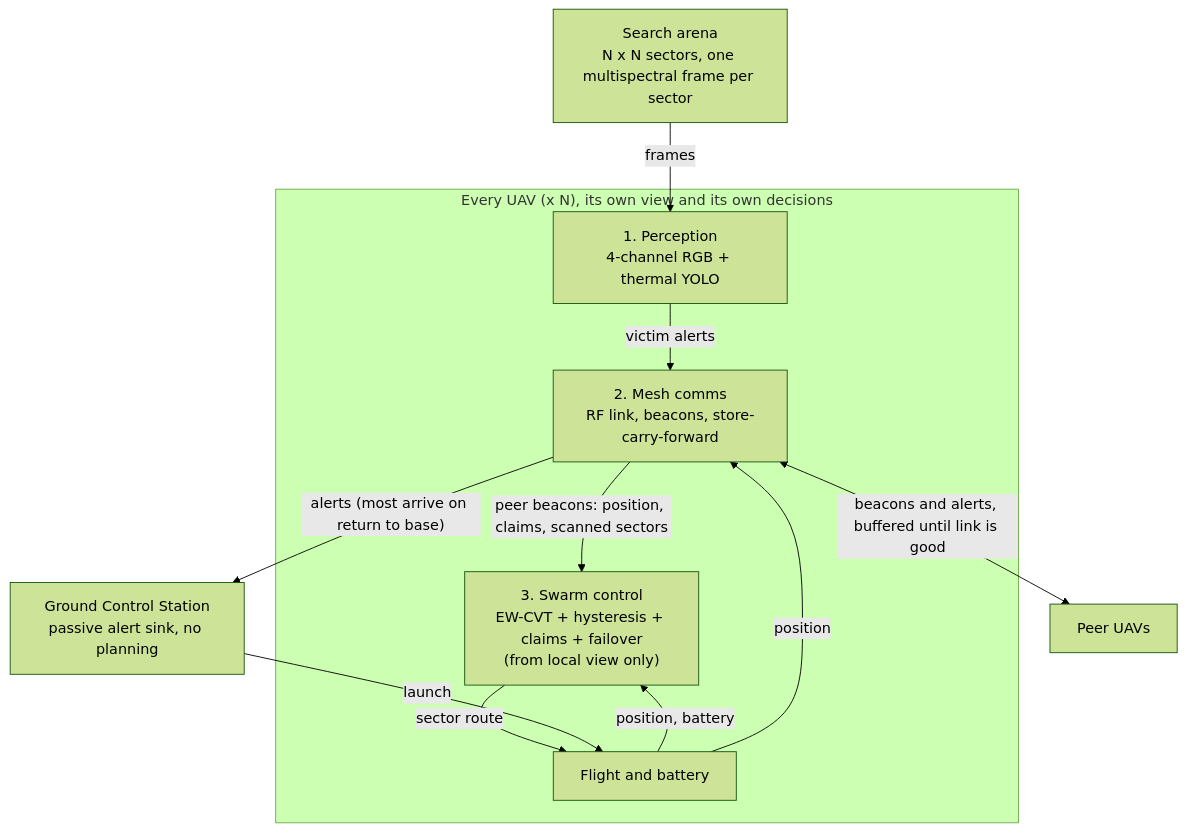
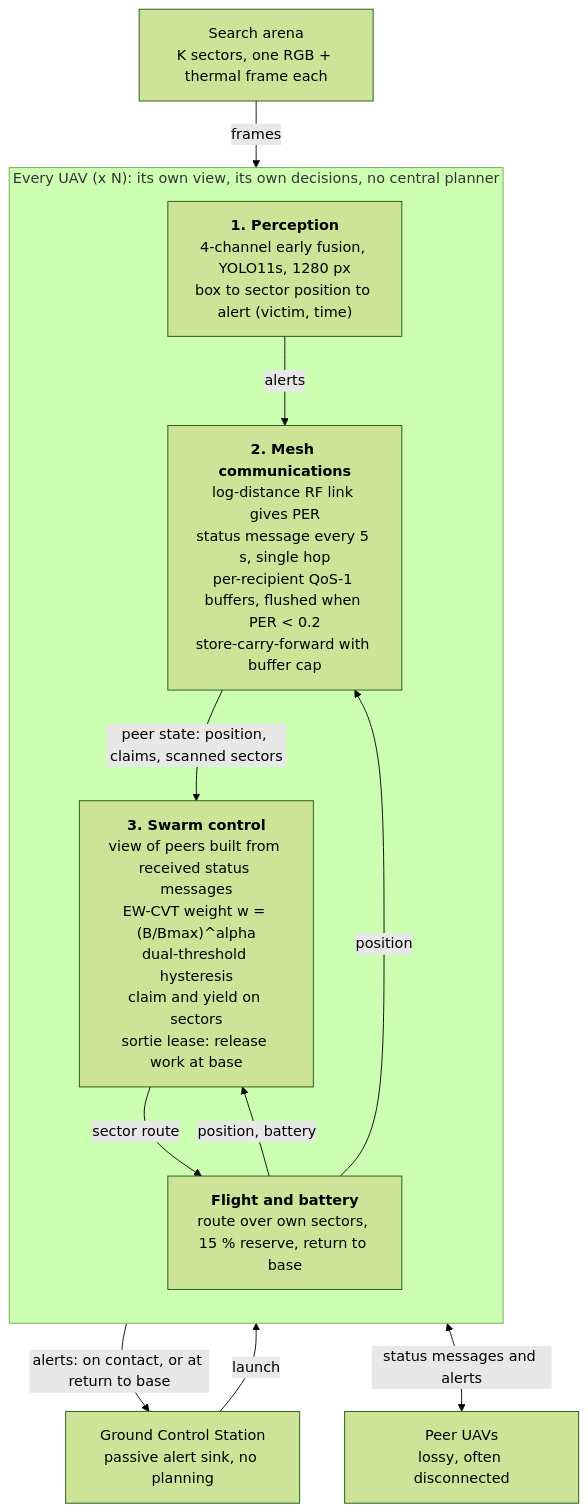
The diagram in README.md (CodeWithDevesh/FlyNetSim), drawn with Mermaid (forest theme) before and after one commit. The commit also changed other lines of this file and 17 other files, not shown here.

````diff
--- a/README.md
+++ b/README.md
@@ -34,24 +34,25 @@
 ```mermaid
 flowchart TB
-  ARENA["Search arena<br/>N x N sectors, one multispectral frame per sector"]
+  ARENA["Search arena<br/>K sectors, one RGB + thermal frame each"]
   GCS["Ground Control Station<br/>passive alert sink, no planning"]
 
-  subgraph UAV["Every UAV (x N), its own view and its own decisions"]
-    PERC["1. Perception<br/>4-channel RGB + thermal YOLO"]
-    COMM["2. Mesh comms<br/>RF link, beacons, store-carry-forward"]
-    CTRL["3. Swarm control<br/>EW-CVT + hysteresis + claims + failover<br/>(from local view only)"]
-    FLT["Flight and battery"]
-    PERC -- "victim alerts" --> COMM
-    COMM -- "peer beacons: position, claims, scanned sectors" --> CTRL
+  subgraph UAV["Every UAV (x N): its own view, its own decisions, no central planner"]
+    direction TB
+    PERC["<b>1. Perception</b><br/>4-channel early fusion, YOLO11s, 1280 px<br/>box to sector position to alert (victim, time)"]
+    COMM["<b>2. Mesh communications</b><br/>log-distance RF link gives PER<br/>status message every 5 s, single hop<br/>per-recipient QoS-1 buffers, flushed when PER < 0.2<br/>store-carry-forward with buffer cap"]
+    CTRL["<b>3. Swarm control</b><br/>view of peers built from received status messages<br/>EW-CVT weight w = (B/Bmax)^alpha<br/>dual-threshold hysteresis<br/>claim and yield on sectors<br/>sortie lease: release work at base"]
+    FLT["<b>Flight and battery</b><br/>route over own sectors, 15 % reserve, return to base"]
+    PERC -- "alerts" --> COMM
+    COMM -- "peer state: position, claims, scanned sectors" --> CTRL
     CTRL -- "sector route" --> FLT
     FLT -- "position, battery" --> CTRL
     FLT -- "position" --> COMM
   end
 
-  PEERS["Peer UAVs"]
+  PEERS["Peer UAVs<br/>lossy, often disconnected"]
 
   ARENA -- "frames" --> PERC
   GCS -- "launch" --> FLT
-  COMM -- "alerts (most arrive on return to base)" --> GCS
-  COMM <-->|"beacons and alerts, buffered until link is good"| PEERS
+  COMM -- "alerts: on contact, or at return to base" --> GCS
+  COMM <-->|"status messages and alerts"| PEERS
 ```
````
